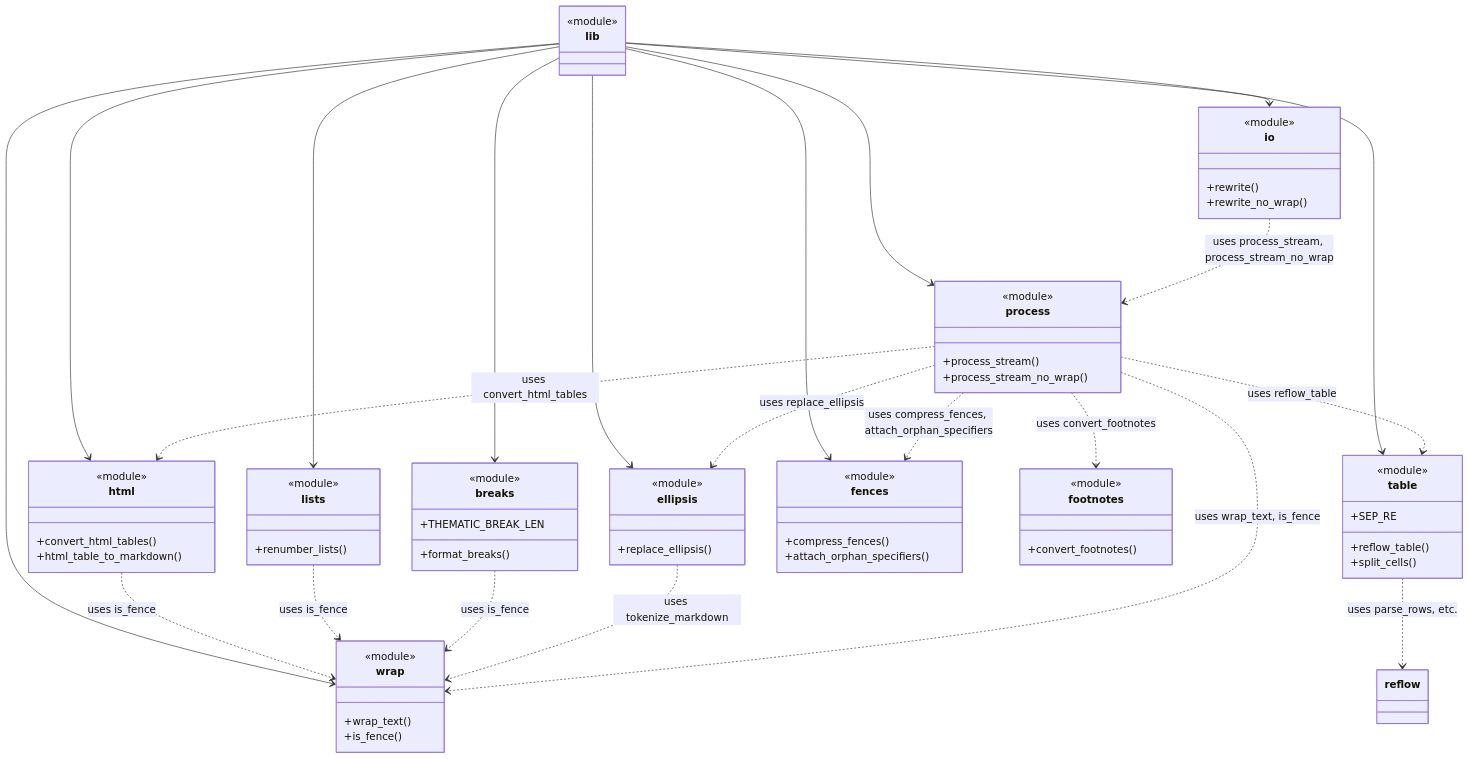
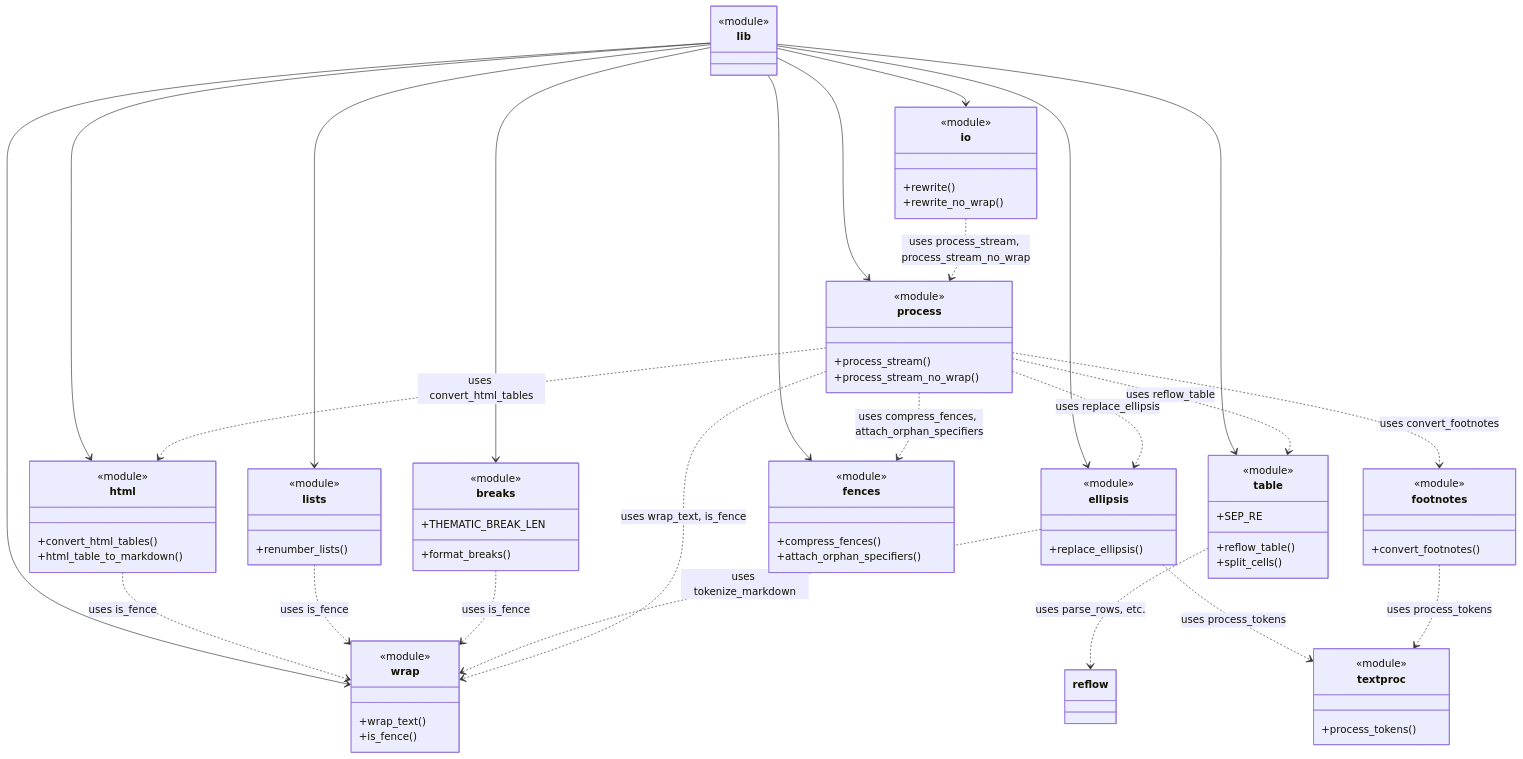
One commit to leynos/mdtablefix changed the second of 3 diagrams in docs/architecture.md. Above: the diagram before and after it, drawn with Mermaid. The commit also changed other lines of this file and 1 other file, not shown here.

````diff
--- a/docs/architecture.md
+++ b/docs/architecture.md
@@ -185,75 +185,81 @@
 ```mermaid
 classDiagram
     class lib {
         <<module>>
     }
     class html {
         <<module>>
         +convert_html_tables()
         +html_table_to_markdown()
     }
     class table {
         <<module>>
         +reflow_table()
         +split_cells()
         +SEP_RE
     }
     class wrap {
         <<module>>
         +wrap_text()
         +is_fence()
     }
     class lists {
         <<module>>
         +renumber_lists()
     }
     class breaks {
         <<module>>
         +format_breaks()
         +THEMATIC_BREAK_LEN
     }
     class ellipsis {
         <<module>>
         +replace_ellipsis()
     }
     class fences {
         <<module>>
         +compress_fences()
         +attach_orphan_specifiers()
     }
     class footnotes {
         <<module>>
         +convert_footnotes()
     }
+    class textproc {
+        <<module>>
+        +process_tokens()
+    }
     class process {
         <<module>>
         +process_stream()
         +process_stream_no_wrap()
     }
     class io {
         <<module>>
         +rewrite()
         +rewrite_no_wrap()
     }
     lib --> html
     lib --> table
     lib --> wrap
     lib --> lists
     lib --> breaks
     lib --> ellipsis
     lib --> fences
     lib --> process
     lib --> io
     html ..> wrap : uses is_fence
     table ..> reflow : uses parse_rows, etc.
     lists ..> wrap : uses is_fence
     breaks ..> wrap : uses is_fence
     ellipsis ..> wrap : uses tokenize_markdown
+    ellipsis ..> textproc : uses process_tokens
     process ..> html : uses convert_html_tables
     process ..> table : uses reflow_table
     process ..> wrap : uses wrap_text, is_fence
     process ..> fences : uses compress_fences, attach_orphan_specifiers
     process ..> ellipsis : uses replace_ellipsis
     process ..> footnotes : uses convert_footnotes
+    footnotes ..> textproc : uses process_tokens
     io ..> process : uses process_stream, process_stream_no_wrap
 ```
````
